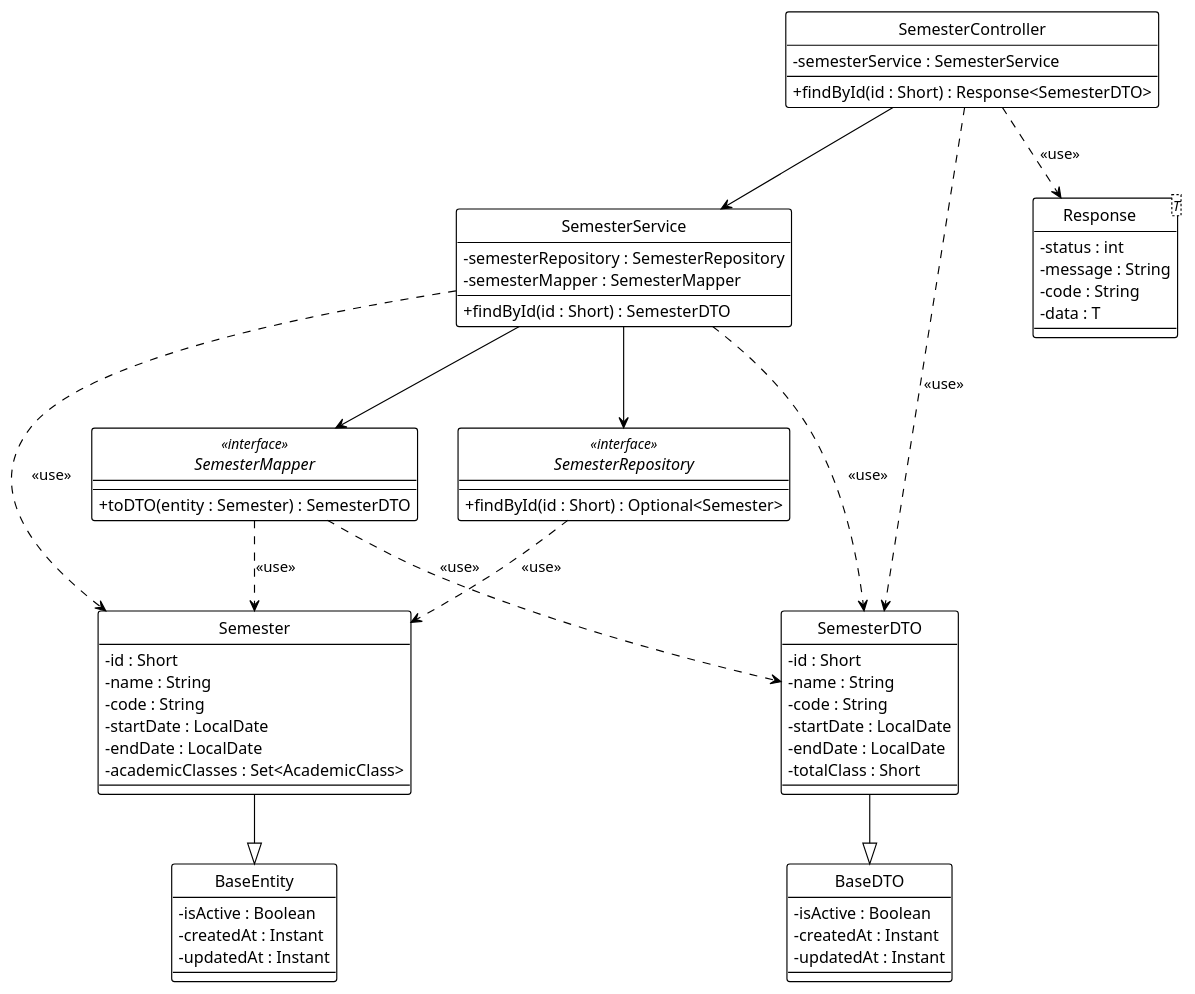
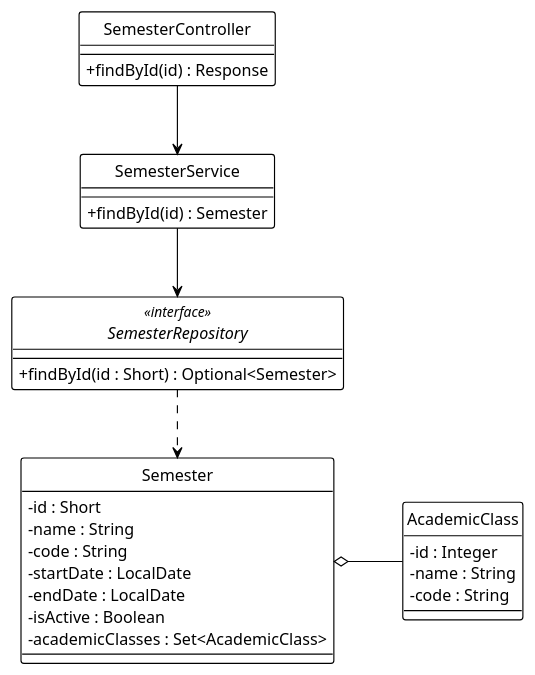
Before and after one commit to Ndh474/context: the diagram in system_detailed_design/06_view_semester_details/class_diagram_view_semester_details.puml, drawn with PlantUML. The commit also changed 1 other file, not shown here.

Commit message:
refactor(diagrams): unify naming conventions and streamline class and sequence diagrams for semester details

```diff
--- a/system_detailed_design/06_view_semester_details/class_diagram_view_semester_details.puml
+++ b/system_detailed_design/06_view_semester_details/class_diagram_view_semester_details.puml
@@ -1,78 +1,53 @@
-@startuml View Semester Details - Class Diagram
+@startuml view_semester_details
 !theme plain
+hide circle
 skinparam classAttributeIconSize 0
-hide circle
-skinparam circledCharacterRadius 0
 
+' --- CẤU HÌNH "ORTHO" (BẮT BUỘC) ---
+skinparam linetype ortho
+skinparam nodesep 60
+skinparam ranksep 60
+
+' --- CONTROLLER ---
 class SemesterController {
-  - semesterService : SemesterService
-  + findById(id : Short) : Response<SemesterDTO>
+  + findById(id) : Response
 }
 
+' --- SERVICE ---
 class SemesterService {
-  - semesterRepository : SemesterRepository
-  - semesterMapper : SemesterMapper
-  + findById(id : Short) : SemesterDTO
+  + findById(id) : Semester
 }
 
+' --- REPOSITORY ---
 interface SemesterRepository <<interface>> {
   + findById(id : Short) : Optional<Semester>
 }
 
-interface SemesterMapper <<interface>> {
-  + toDTO(entity : Semester) : SemesterDTO
-}
-
+' --- ENTITIES ---
 class Semester {
   - id : Short
   - name : String
   - code : String
   - startDate : LocalDate
   - endDate : LocalDate
+  - isActive : Boolean
   - academicClasses : Set<AcademicClass>
 }
 
-class BaseEntity {
-  - isActive : Boolean
-  - createdAt : Instant
-  - updatedAt : Instant
+class AcademicClass {
+  - id : Integer
+  - name : String
+  - code : String
 }
 
-class SemesterDTO {
-  - id : Short
-  - name : String
-  - code : String
-  - startDate : LocalDate
-  - endDate : LocalDate
-  - totalClass : Short
-}
+' --- DEPENDENCY INJECTION (Association) ---
+SemesterController -down-> SemesterService
+SemesterService -down-> SemesterRepository
 
-class BaseDTO {
-  - isActive : Boolean
-  - createdAt : Instant
-  - updatedAt : Instant
-}
+' --- REPOSITORY USAGE (Dependency) ---
+SemesterRepository .down.> Semester
 
-class Response<T> {
-  - status : int
-  - message : String
-  - code : String
-  - data : T
-}
-
-SemesterController --> SemesterService
-SemesterService --> SemesterRepository
-SemesterService --> SemesterMapper
-
-SemesterController ..> Response : <<use>>
-SemesterController ..> SemesterDTO : <<use>>
-SemesterService ..> Semester : <<use>>
-SemesterService ..> SemesterDTO : <<use>>
-SemesterRepository ..> Semester : <<use>>
-SemesterMapper ..> Semester : <<use>>
-SemesterMapper ..> SemesterDTO : <<use>>
-
-Semester --|> BaseEntity
-SemesterDTO --|> BaseDTO
+' --- ENTITY RELATIONSHIPS (Aggregation) ---
+Semester o-right- AcademicClass
 
 @enduml
```
